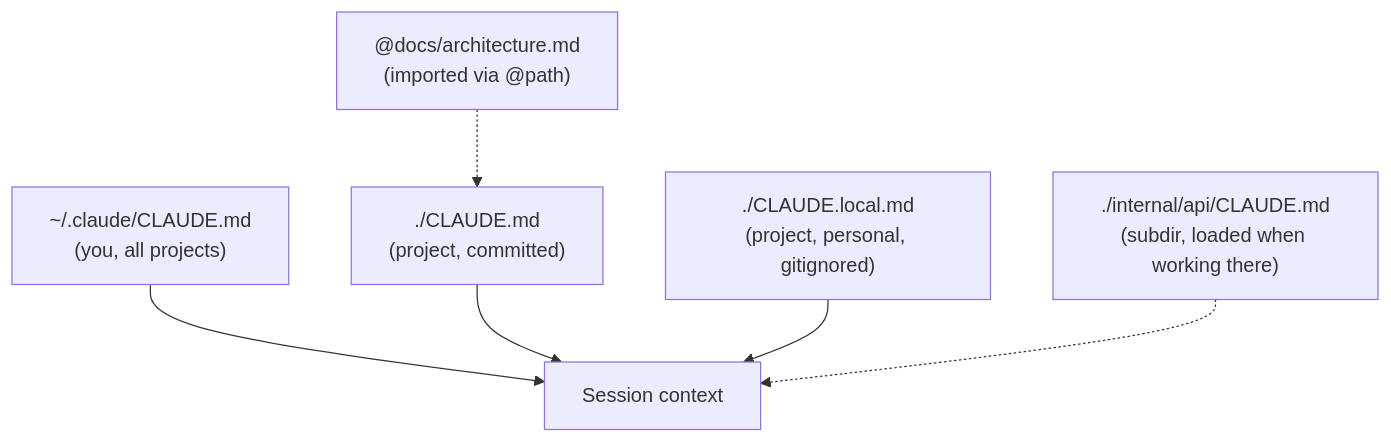
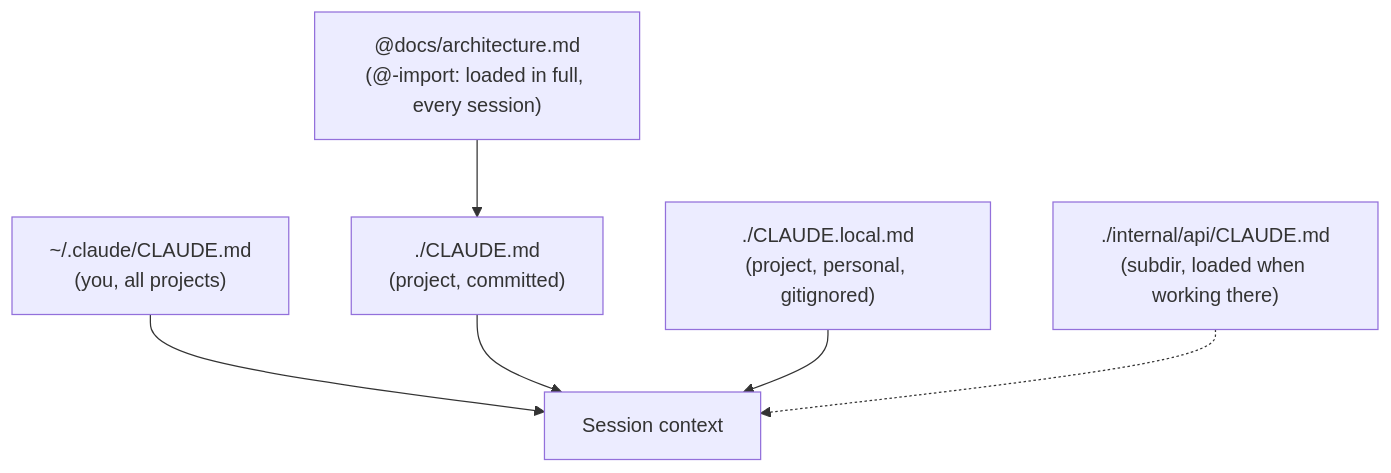
The first of 3 diagrams in levels/02-project-memory.md (tomschinelli/ai-engineering-guide), drawn with Mermaid before and after one commit. The commit also changed other lines of this file and 4 other files, not shown here.

````diff
--- a/levels/02-project-memory.md
+++ b/levels/02-project-memory.md
@@ -15,8 +15,8 @@
 ```mermaid
 flowchart TB
     U["~/.claude/CLAUDE.md<br/>(you, all projects)"] --> S[Session context]
     P["./CLAUDE.md<br/>(project, committed)"] --> S
     L["./CLAUDE.local.md<br/>(project, personal, gitignored)"] --> S
     D["./internal/api/CLAUDE.md<br/>(subdir, loaded when working there)"] -.-> S
-    I["@docs/architecture.md<br/>(imported via @path)"] -.-> P
+    I["@docs/architecture.md<br/>(@-import: loaded in full, every session)"] --> P
 ```
````
